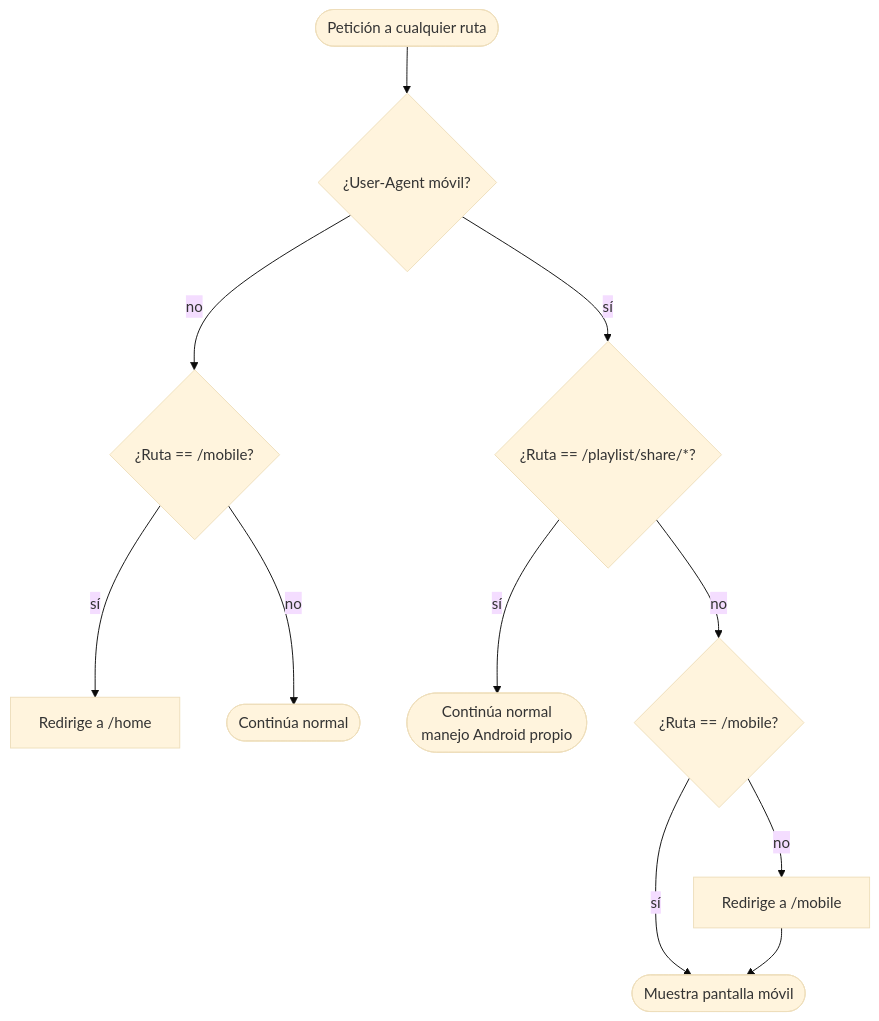
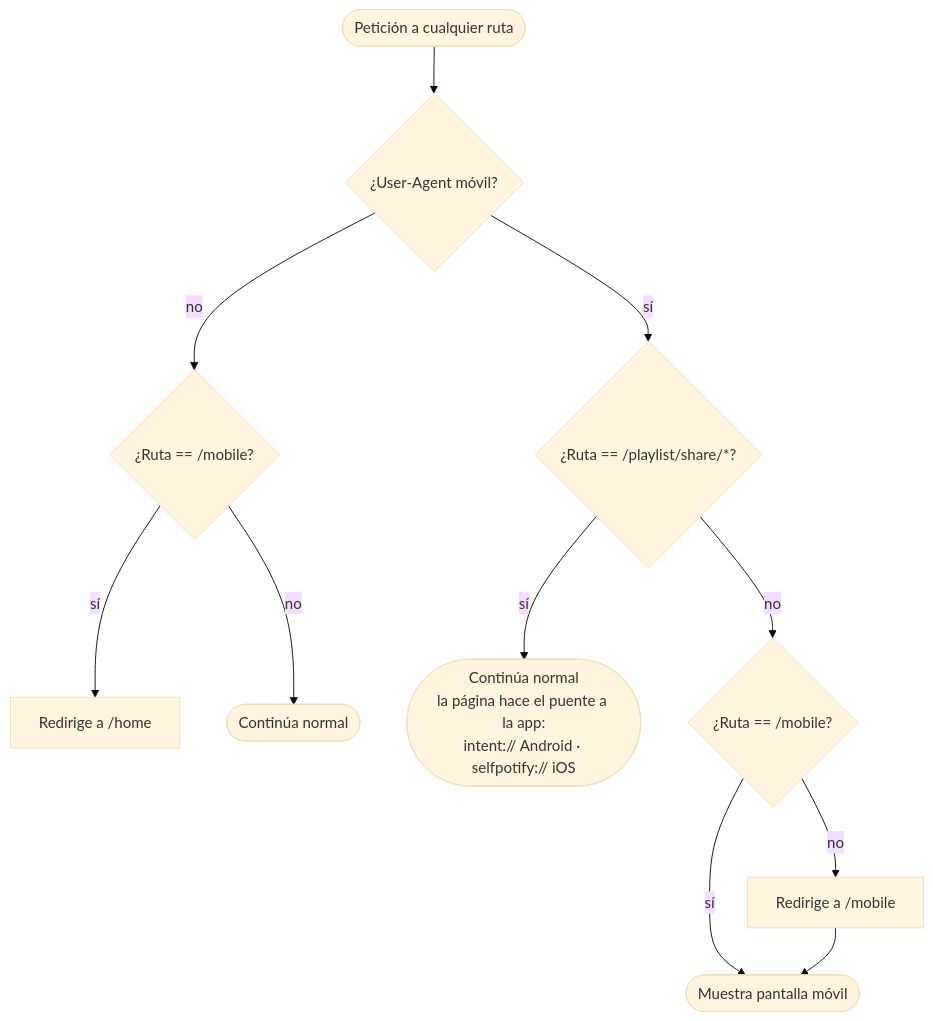
Before and after one commit to conguchu/selfpotify: diagram 13 of 33 in README.md, drawn with Mermaid (base theme). The commit also changed other lines of this file, not shown here.

Commit message:
docs: documentar intent android y fallback /mobile del deep link de share

````diff
--- a/README.md
+++ b/README.md
@@ -779,13 +801,13 @@
 ```mermaid
 flowchart TD
     Req([Petición a cualquier ruta]) --> UA{¿User-Agent móvil?}
     UA -- no --> Mobile1{¿Ruta == /mobile?}
     Mobile1 -- sí --> Home[Redirige a /home]
     Mobile1 -- no --> Pass1([Continúa normal])
     UA -- sí --> Share{¿Ruta == /playlist/share/*?}
-    Share -- sí --> Pass2([Continúa normal<br/>manejo Android propio])
+    Share -- sí --> Pass2([Continúa normal<br/>la página hace el puente a la app:<br/>intent:// Android · selfpotify:// iOS])
     Share -- no --> Mob{¿Ruta == /mobile?}
     Mob -- sí --> Pass3([Muestra pantalla móvil])
     Mob -- no --> Redir[Redirige a /mobile]
     Redir --> Pass3
 ```
````
